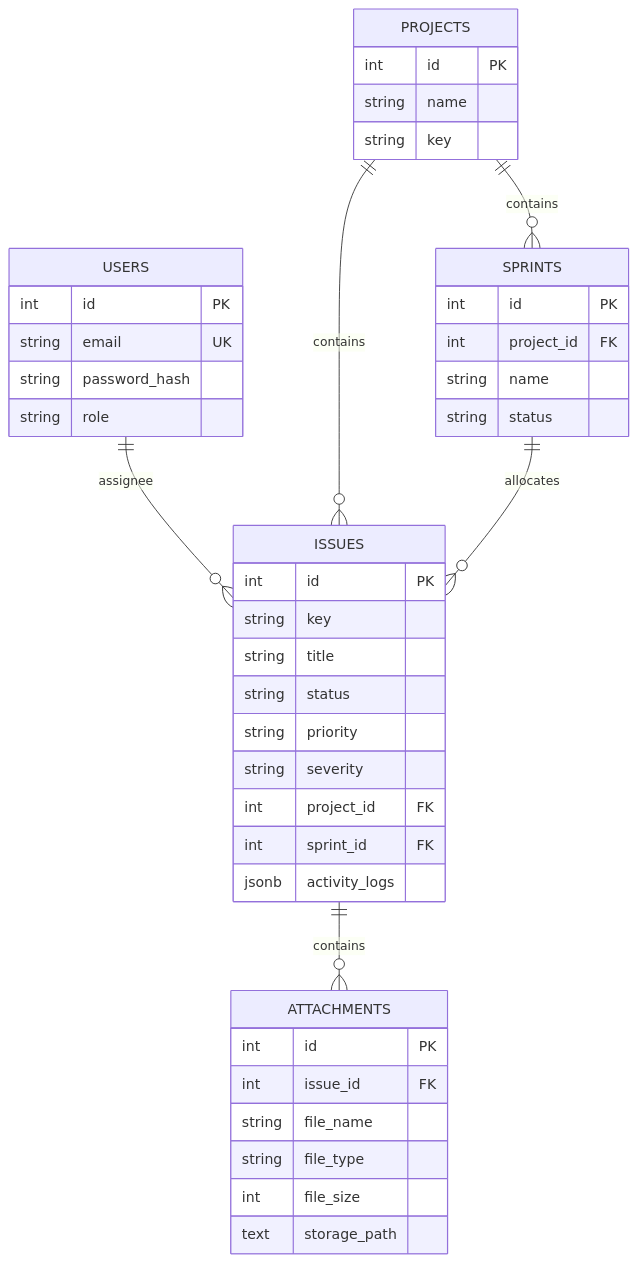
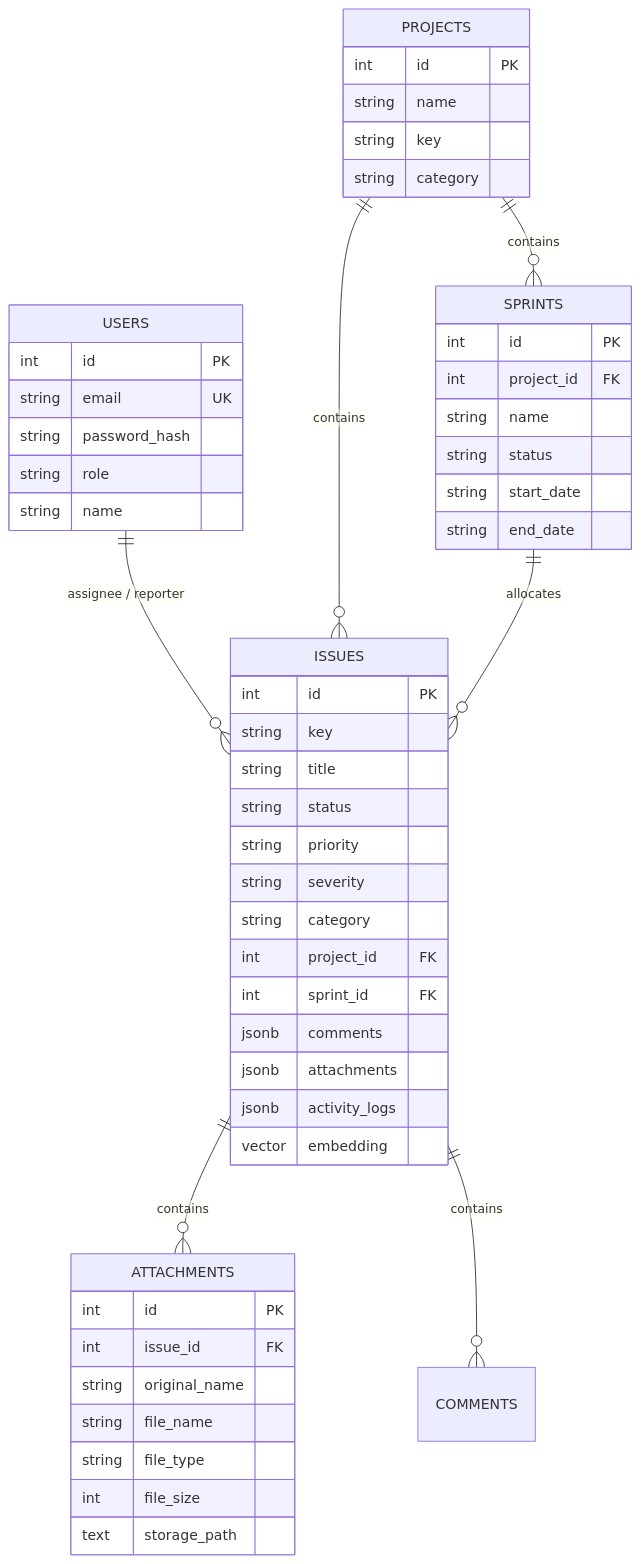
Before and after one commit to Ummannipavani/BugFlow_project: the second of 2 diagrams in README.md, drawn with Mermaid. The commit also changed other lines of this file and 8 other files, not shown here.

````diff
--- a/README.md
+++ b/README.md
@@ -184,45 +220,55 @@
 ```mermaid
 erDiagram
-    USERS ||--o{ ISSUES : "assignee"
+    USERS ||--o{ ISSUES : "assignee / reporter"
     PROJECTS ||--o{ SPRINTS : "contains"
     PROJECTS ||--o{ ISSUES : "contains"
     SPRINTS ||--o{ ISSUES : "allocates"
     ISSUES ||--o{ ATTACHMENTS : "contains"
+    ISSUES ||--o{ COMMENTS : "contains"
 
     USERS {
         int id PK
         string email UK
         string password_hash
         string role
+        string name
     }
     PROJECTS {
         int id PK
         string name
         string key
+        string category
     }
     SPRINTS {
         int id PK
         int project_id FK
         string name
         string status
+        string start_date
+        string end_date
     }
     ISSUES {
         int id PK
         string key
         string title
         string status
         string priority
         string severity
+        string category
         int project_id FK
         int sprint_id FK
+        jsonb comments
+        jsonb attachments
         jsonb activity_logs
+        vector embedding
     }
     ATTACHMENTS {
         int id PK
         int issue_id FK
+        string original_name
         string file_name
         string file_type
         int file_size
         text storage_path
     }
 ```
````
